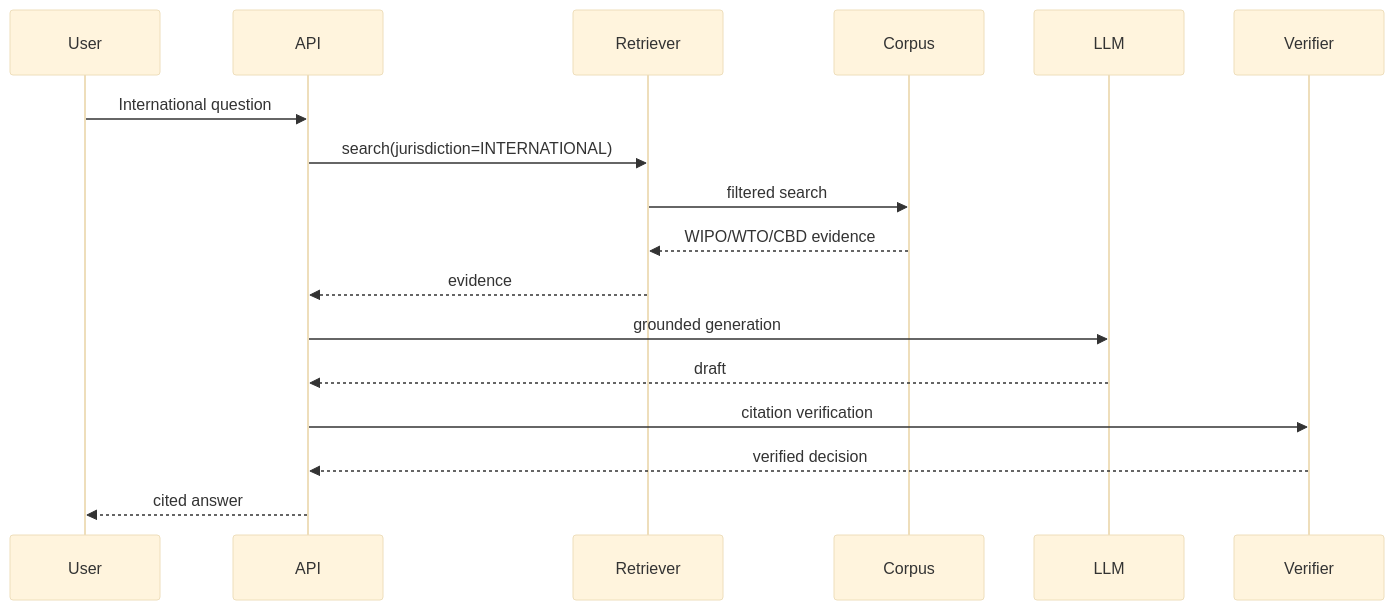
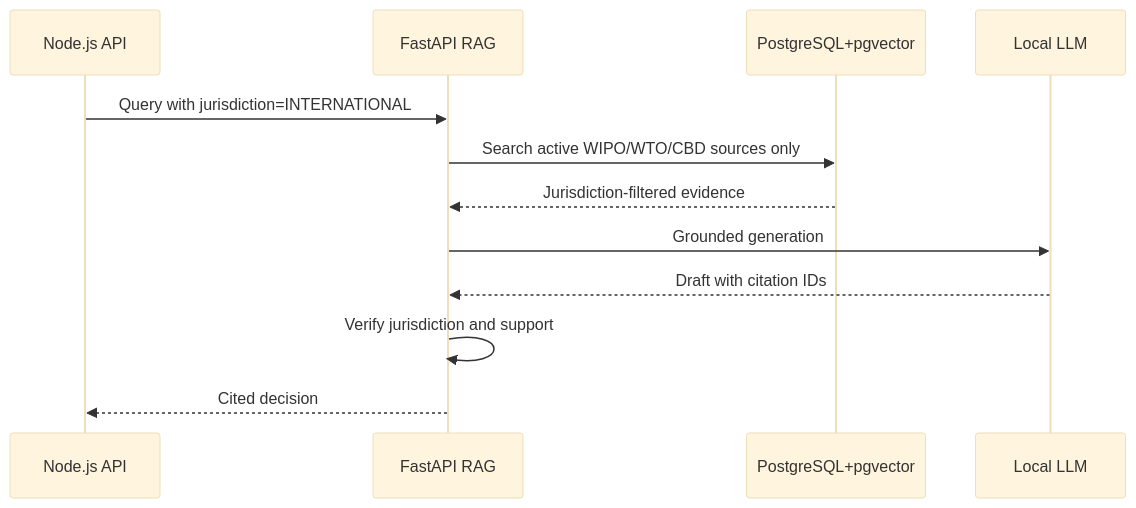
One commit to aaryashah1010/Sih_rag changed the fifth of 9 diagrams in docs/27-SEQUENCE-DIAGRAMS.md. Above: the diagram before and after it, drawn with Mermaid (base theme). The commit also changed other lines of this file and 12 other files, not shown here.

````diff
--- a/docs/27-SEQUENCE-DIAGRAMS.md
+++ b/docs/27-SEQUENCE-DIAGRAMS.md
@@ -35,20 +91,15 @@
 ```mermaid
 sequenceDiagram
-    participant U as User
-    participant A as API
-    participant R as Retriever
-    participant DB as Corpus
-    participant L as LLM
-    participant V as Verifier
+    participant N as Node.js API
+    participant F as FastAPI RAG
+    participant DB as PostgreSQL+pgvector
+    participant L as Local LLM
 
-    U->>A: International question
-    A->>R: search(jurisdiction=INTERNATIONAL)
-    R->>DB: filtered search
-    DB-->>R: WIPO/WTO/CBD evidence
-    R-->>A: evidence
-    A->>L: grounded generation
-    L-->>A: draft
-    A->>V: citation verification
-    V-->>A: verified decision
-    A-->>U: cited answer
+    N->>F: Query with jurisdiction=INTERNATIONAL
+    F->>DB: Search active WIPO/WTO/CBD sources only
+    DB-->>F: Jurisdiction-filtered evidence
+    F->>L: Grounded generation
+    L-->>F: Draft with citation IDs
+    F->>F: Verify jurisdiction and support
+    F-->>N: Cited decision
 ```
````
